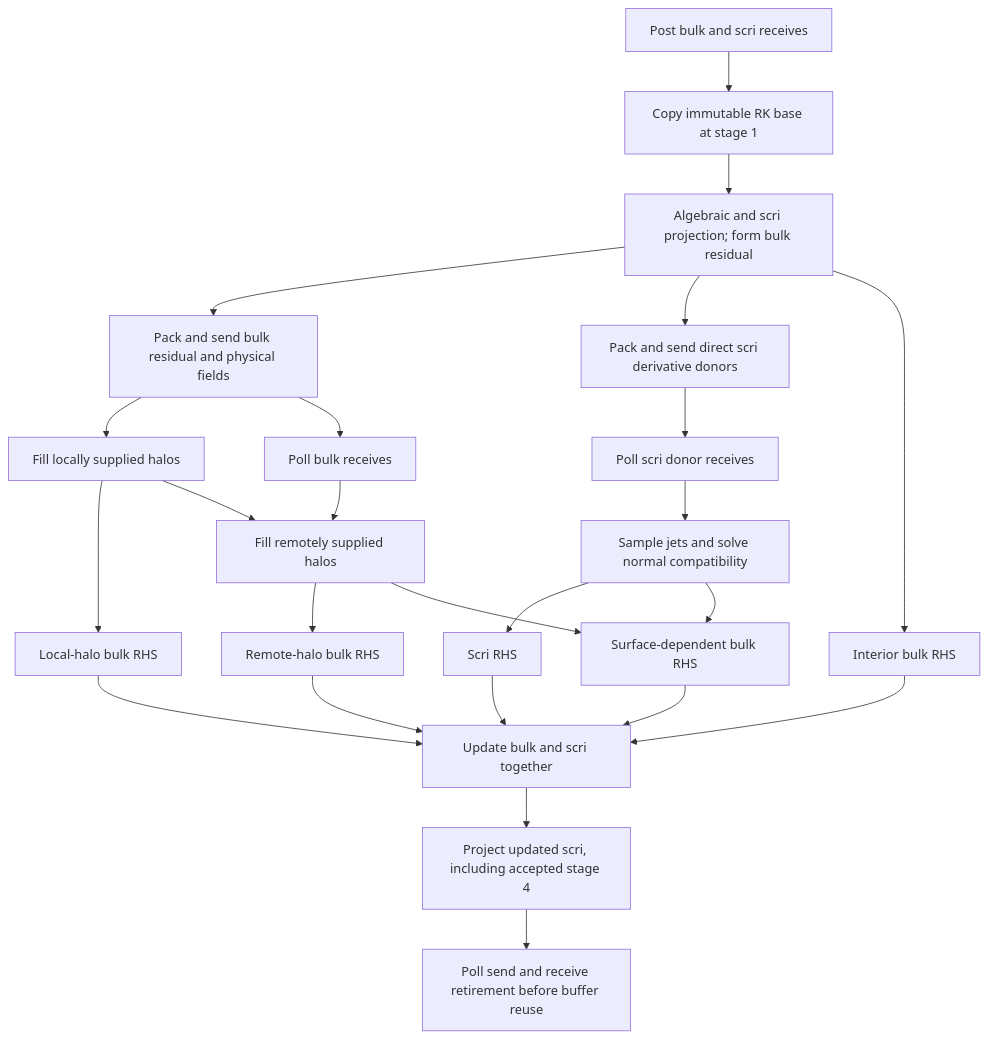
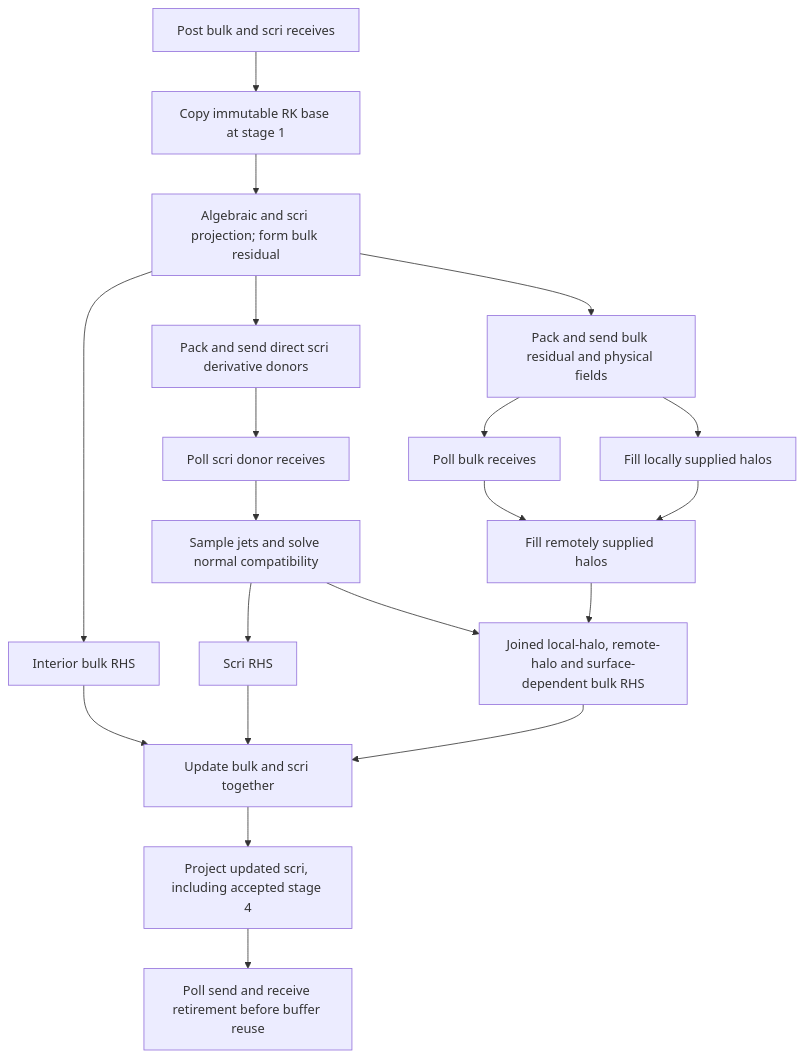
One commit to HengruiZhu99/athenak changed the diagram in tst/z4c_hyperboloidal/task_contract.md. Above: the diagram before and after it, drawn with Mermaid. The commit also changed other lines of this file and 14 other files, not shown here.

Commit message:
Batch dependent bulk RHS after qualified 31.52 percent speedup

````diff
--- a/tst/z4c_hyperboloidal/task_contract.md
+++ b/tst/z4c_hyperboloidal/task_contract.md
@@ -20,26 +20,22 @@
 ```mermaid
 flowchart TD
   Post[Post bulk and scri receives] --> Copy[Copy immutable RK base at stage 1]
   Copy --> Prep[Algebraic and scri projection; form bulk residual]
   Prep --> BulkSend[Pack and send bulk residual and physical fields]
   Prep --> SurfaceSend[Pack and send direct scri derivative donors]
   Prep --> Interior[Interior bulk RHS]
   BulkSend --> LocalFill[Fill locally supplied halos]
-  LocalFill --> LocalRHS[Local-halo bulk RHS]
   BulkSend --> BulkRecv[Poll bulk receives]
   BulkRecv --> RemoteFill[Fill remotely supplied halos]
   LocalFill --> RemoteFill
-  RemoteFill --> RemoteRHS[Remote-halo bulk RHS]
   SurfaceSend --> SurfaceRecv[Poll scri donor receives]
   SurfaceRecv --> Normal[Sample jets and solve normal compatibility]
   Normal --> SurfaceRHS[Scri RHS]
-  Normal --> OuterRHS[Surface-dependent bulk RHS]
-  RemoteFill --> OuterRHS
+  Normal --> JoinedRHS[Joined local-halo, remote-halo and surface-dependent bulk RHS]
+  RemoteFill --> JoinedRHS
   Interior --> RK[Update bulk and scri together]
-  LocalRHS --> RK
-  RemoteRHS --> RK
   SurfaceRHS --> RK
-  OuterRHS --> RK
+  JoinedRHS --> RK
   RK --> Project[Project updated scri, including accepted stage 4]
   Project --> Retire[Poll send and receive retirement before buffer reuse]
 ```
````
